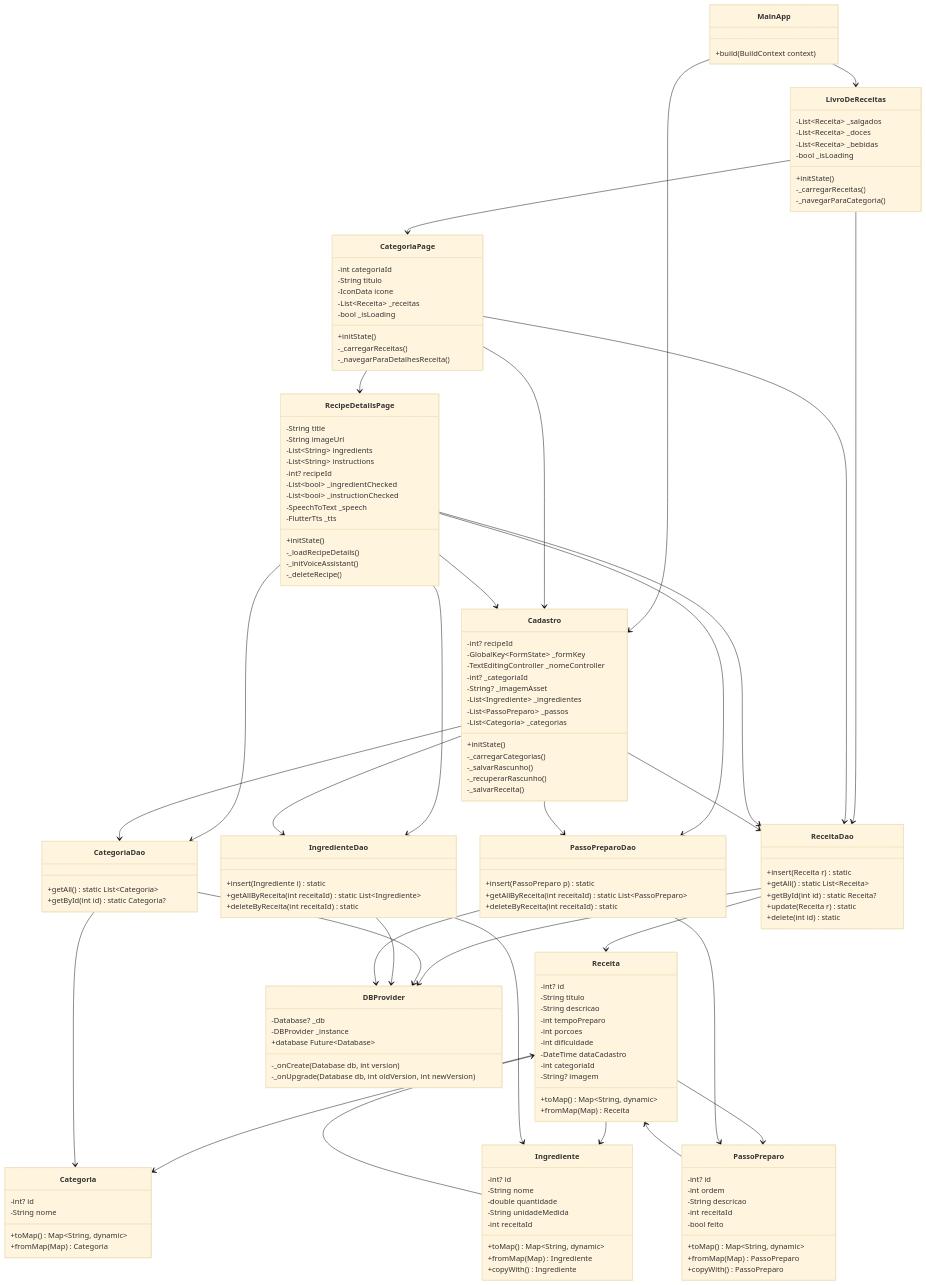
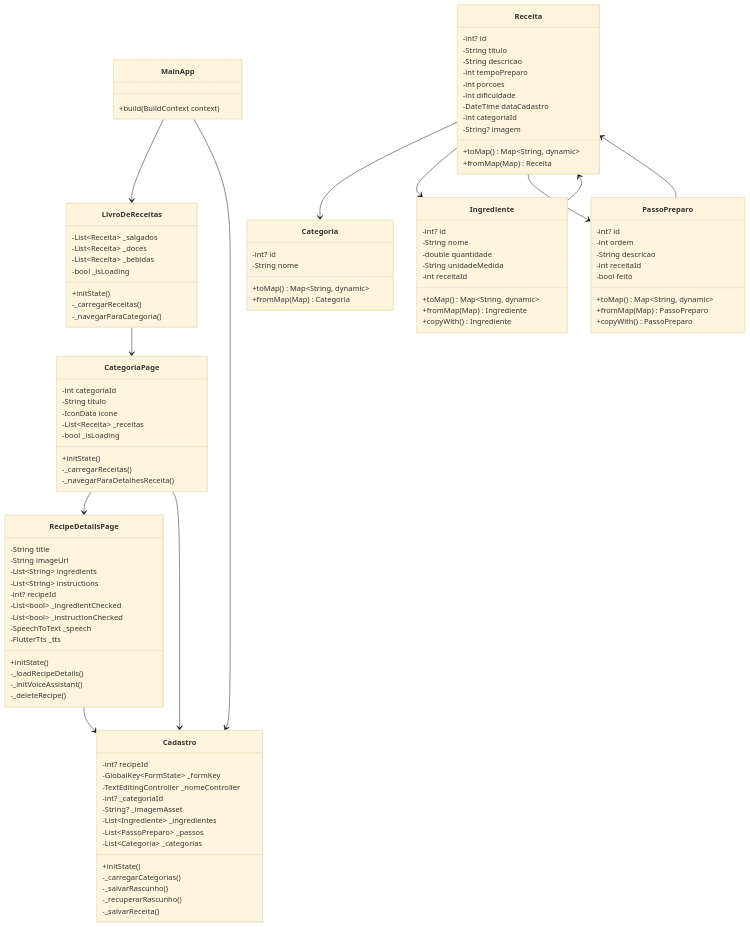
One commit to Raul-Mozart/livro_de_receita changed the first of 9 diagrams in livro_de_receita/DIAGRAMAS.md. Above: the diagram before and after it, drawn with Mermaid (base theme). The commit also changed other lines of this file, not shown here.

Commit message:
ajuste de diagramas

````diff
--- a/livro_de_receita/DIAGRAMAS.md
+++ b/livro_de_receita/DIAGRAMAS.md
@@ -5,6 +5,7 @@
 ```mermaid
 classDiagram
     direction TB
+
     class MainApp {
         +build(BuildContext context)
     }
@@ -105,39 +106,6 @@
         +copyWith() PassoPreparo
     }
 
-    class DBProvider {
-        -Database? _db
-        -DBProvider _instance
-        +database Future~Database~
-        -_onCreate(Database db, int version)
-        -_onUpgrade(Database db, int oldVersion, int newVersion)
-    }
-
-    class ReceitaDao {
-        +insert(Receita r) static
-        +getAll() static List~Receita~
-        +getById(int id) static Receita?
-        +update(Receita r) static
-        +delete(int id) static
-    }
-
-    class CategoriaDao {
-        +getAll() static List~Categoria~
-        +getById(int id) static Categoria?
-    }
-
-    class IngredienteDao {
-        +insert(Ingrediente i) static
-        +getAllByReceita(int receitaId) static List~Ingrediente~
-        +deleteByReceita(int receitaId) static
-    }
-
-    class PassoPreparoDao {
-        +insert(PassoPreparo p) static
-        +getAllByReceita(int receitaId) static List~PassoPreparo~
-        +deleteByReceita(int receitaId) static
-    }
-
     %% Relacionamentos - Páginas
     MainApp --> LivroDeReceitas
     MainApp --> Cadastro
@@ -152,26 +120,4 @@
     Receita --> PassoPreparo
     Ingrediente --> Receita
     PassoPreparo --> Receita
-
-    %% Relacionamentos - Persistência
-    ReceitaDao --> DBProvider
-    CategoriaDao --> DBProvider
-    IngredienteDao --> DBProvider
-    PassoPreparoDao --> DBProvider
-    ReceitaDao --> Receita
-    CategoriaDao --> Categoria
-    IngredienteDao --> Ingrediente
-    PassoPreparoDao --> PassoPreparo
-
-    %% Relacionamentos - Consumo de DAOs pelas Páginas
-    LivroDeReceitas --> ReceitaDao
-    CategoriaPage --> ReceitaDao
-    RecipeDetailsPage --> ReceitaDao
-    RecipeDetailsPage --> IngredienteDao
-    RecipeDetailsPage --> PassoPreparoDao
-    RecipeDetailsPage --> CategoriaDao
-    Cadastro --> ReceitaDao
-    Cadastro --> IngredienteDao
-    Cadastro --> PassoPreparoDao
-    Cadastro --> CategoriaDao
 ```
````
